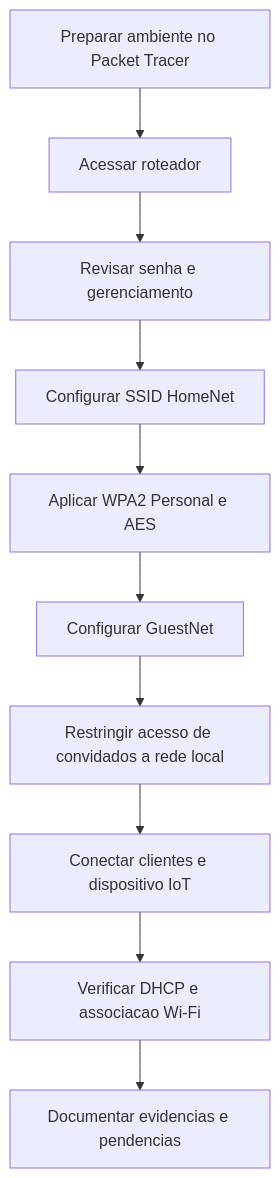
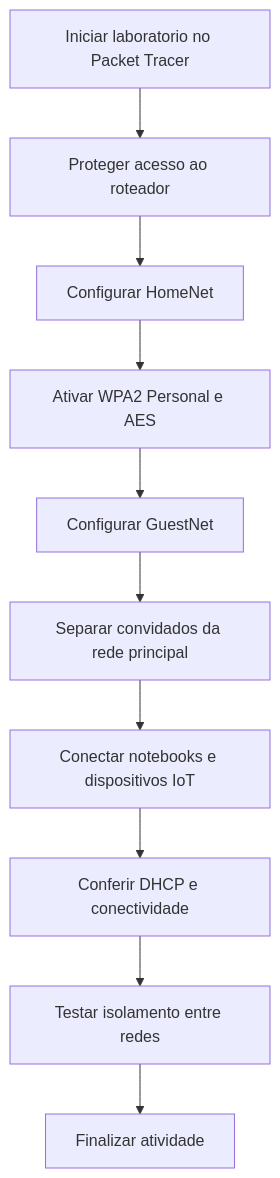
The diagram in README.md (giovanna-faraujo/Cisco_Packet_Tracer-Lab-Roteador_Wireless), drawn with Mermaid before and after one commit. The commit also changed other lines of this file, not shown here.

````diff
--- a/README.md
+++ b/README.md
@@ -88,12 +127,12 @@
 ```mermaid
 flowchart TD
-    A[Preparar ambiente no Packet Tracer] --> B[Acessar roteador]
-    B --> C[Revisar senha e gerenciamento]
-    C --> D[Configurar SSID HomeNet]
-    D --> E[Aplicar WPA2 Personal e AES]
-    E --> F[Configurar GuestNet]
-    F --> G[Restringir acesso de convidados a rede local]
-    G --> H[Conectar clientes e dispositivo IoT]
-    H --> I[Verificar DHCP e associacao Wi-Fi]
-    I --> J[Documentar evidencias e pendencias]
+    A[Iniciar laboratorio no Packet Tracer] --> B[Proteger acesso ao roteador]
+    B --> C[Configurar HomeNet]
+    C --> D[Ativar WPA2 Personal e AES]
+    D --> E[Configurar GuestNet]
+    E --> F[Separar convidados da rede principal]
+    F --> G[Conectar notebooks e dispositivos IoT]
+    G --> H[Conferir DHCP e conectividade]
+    H --> I[Testar isolamento entre redes]
+    I --> J[Finalizar atividade]
 ```
````
